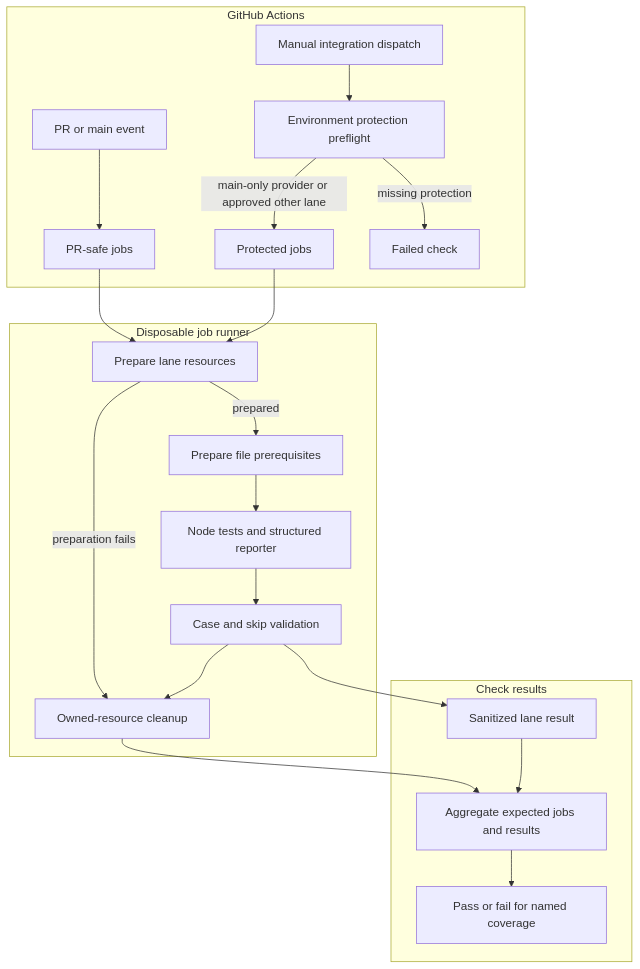
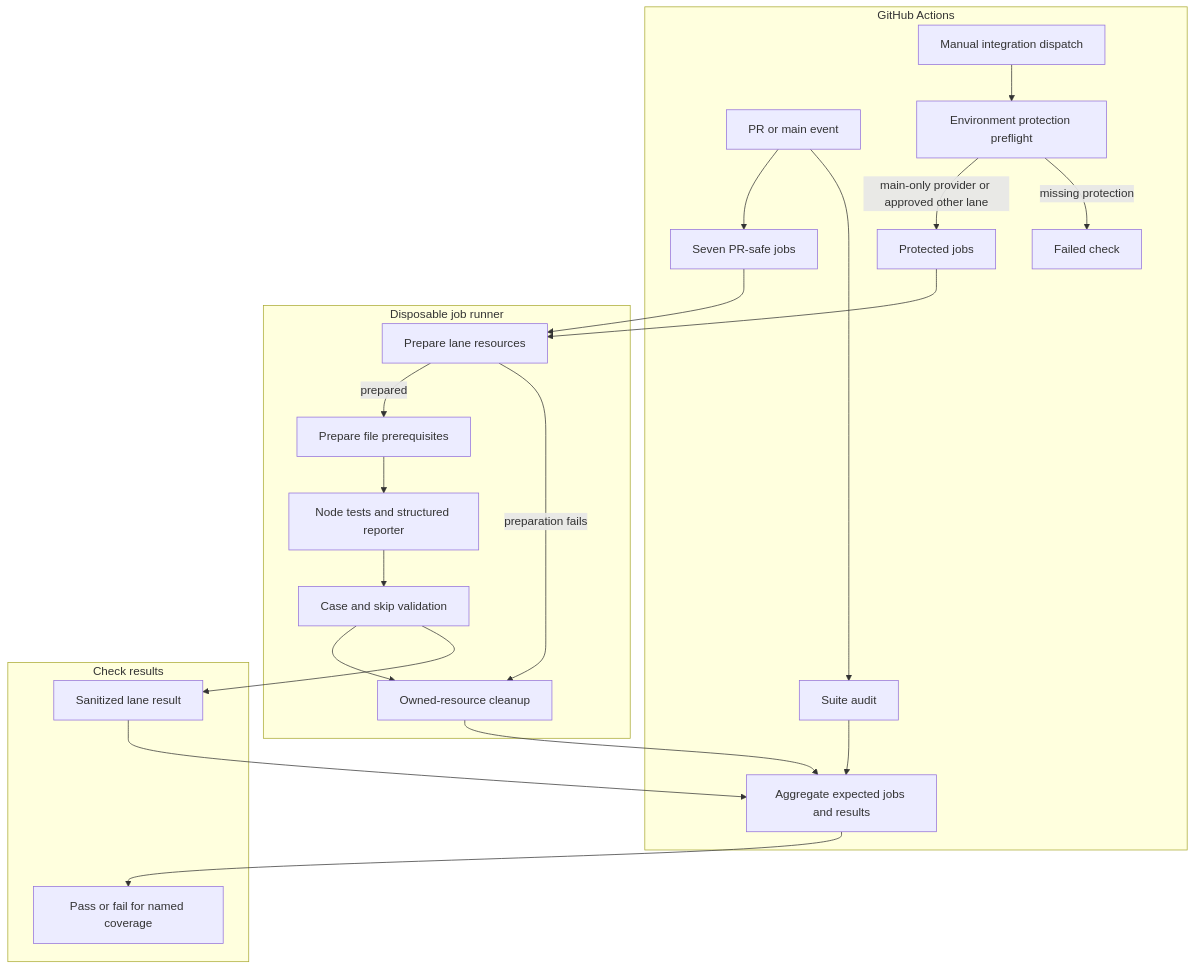
The diagram in docs/flows/github-actions-testing.md (openclaw/openclaw-enterprise), drawn with Mermaid before and after one commit. The commit also changed other lines of this file, not shown here.

Commit message:
docs: align CI flow with parallel required checks

````diff
--- a/docs/flows/github-actions-testing.md
+++ b/docs/flows/github-actions-testing.md
@@ -21,24 +21,26 @@
 ```mermaid
 graph TD
   subgraph Actions["GitHub Actions"]
-    A["PR or main event"] --> B["PR-safe jobs"]
+    A["PR or main event"] --> B["Seven PR-safe jobs"]
+    A --> N["Suite audit"]
+    N --> L
     C["Manual integration dispatch"] --> D["Environment protection preflight"]
     D -->|main-only provider or approved other lane| E["Protected jobs"]
     D -->|missing protection| X["Failed check"]
   end
   subgraph Runner["Disposable job runner"]
     B --> F["Prepare lane resources"]
     E --> F
     F -->|prepared| G["Prepare file prerequisites"]
     G --> H["Node tests and structured reporter"]
     H --> I["Case and skip validation"]
     F -->|preparation fails| J["Owned-resource cleanup"]
     I --> J
   end
   subgraph Results["Check results"]
     I --> K["Sanitized lane result"]
     J --> L["Aggregate expected jobs and results"]
     K --> L
     L --> M["Pass or fail for named coverage"]
   end
 ```
````
